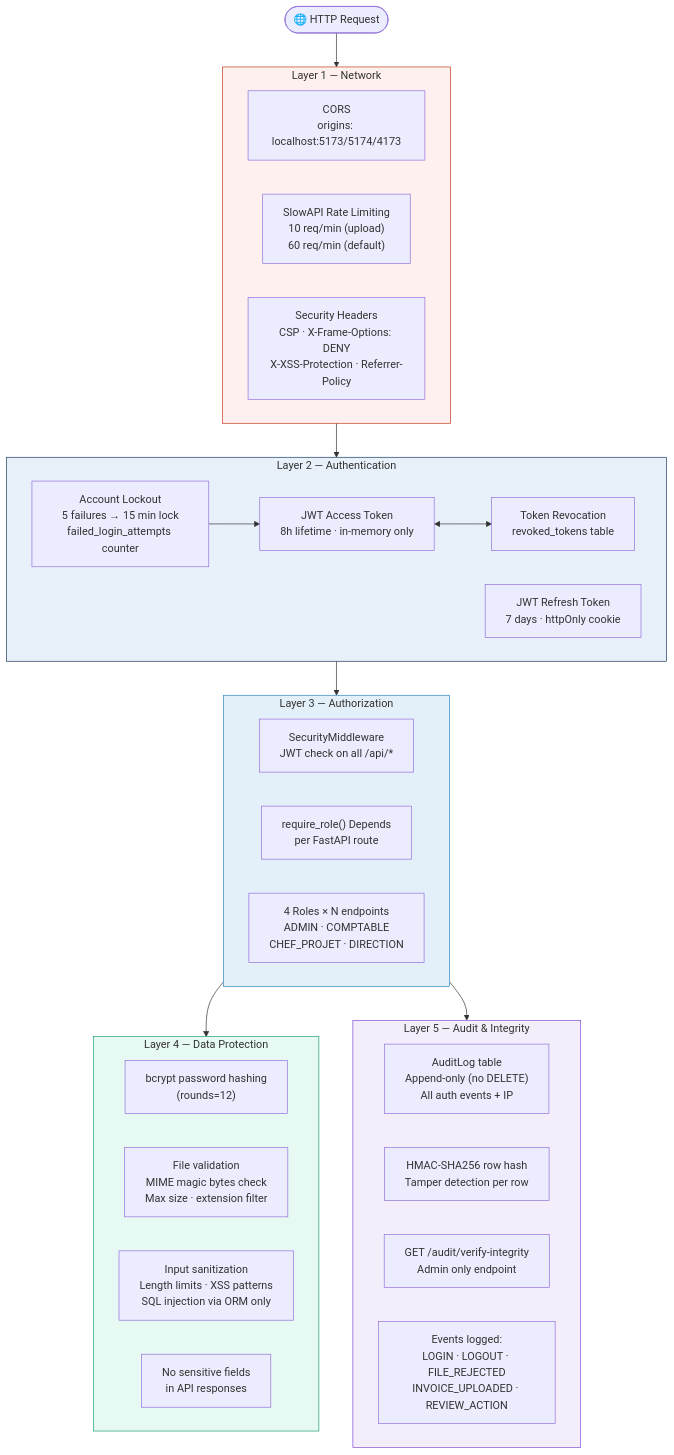
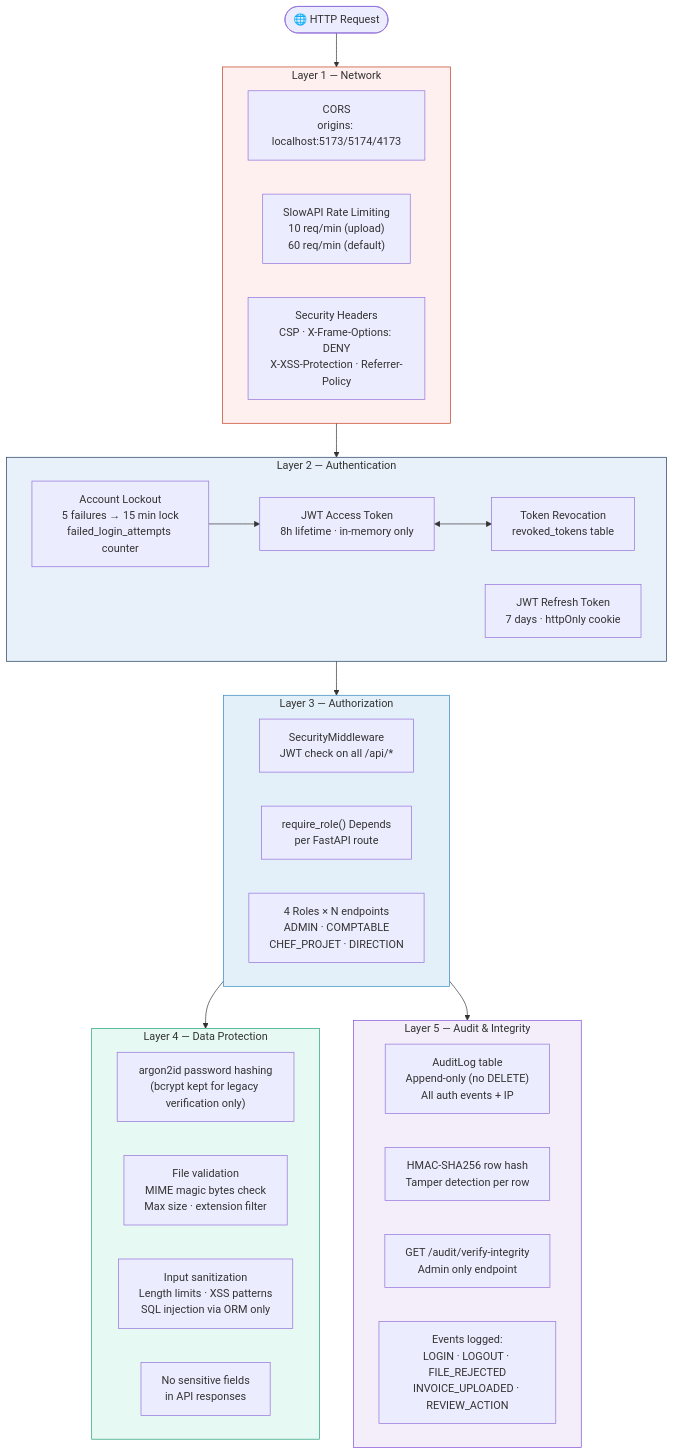
Before and after one commit to bayaCh05/biat-billing-agent: the diagram in docs/diagrams/04_architecture_securite.md, drawn with Mermaid. The commit also changed other lines of this file and 22 other files, not shown here.

````diff
--- a/docs/diagrams/04_architecture_securite.md
+++ b/docs/diagrams/04_architecture_securite.md
@@ -4,54 +9,54 @@
 ```mermaid
 flowchart TB
   classDef layer1 fill:#C0391B,color:#fff,stroke:none
   classDef layer2 fill:#1A3A5C,color:#fff,stroke:none
   classDef layer3 fill:#2E86C1,color:#fff,stroke:none
   classDef layer4 fill:#1D9E76,color:#fff,stroke:none
   classDef layer5 fill:#804CD7,color:#fff,stroke:none
 
   Request(["🌐 HTTP Request"])
 
   subgraph L1["Layer 1 — Network"]
     CORS["CORS\norigins: localhost:5173/5174/4173"]
     Rate["SlowAPI Rate Limiting\n10 req/min (upload)\n60 req/min (default)"]
     Headers["Security Headers\nCSP · X-Frame-Options: DENY\nX-XSS-Protection · Referrer-Policy"]
   end
 
   subgraph L2["Layer 2 — Authentication"]
     JWT["JWT Access Token\n8h lifetime · in-memory only"]
     Refresh["JWT Refresh Token\n7 days · httpOnly cookie"]
     Revoke["Token Revocation\nrevoked_tokens table"]
     Lockout["Account Lockout\n5 failures → 15 min lock\nfailed_login_attempts counter"]
   end
 
   subgraph L3["Layer 3 — Authorization"]
     Middleware["SecurityMiddleware\nJWT check on all /api/*"]
     RequireRole["require_role() Depends\nper FastAPI route"]
     RBAC["4 Roles × N endpoints\nADMIN · COMPTABLE\nCHEF_PROJET · DIRECTION"]
   end
 
   subgraph L4["Layer 4 — Data Protection"]
-    Bcrypt["bcrypt password hashing\n(rounds=12)"]
+    Bcrypt["argon2id password hashing\n(bcrypt kept for legacy verification only)"]
     FileVal["File validation\nMIME magic bytes check\nMax size · extension filter"]
     Sanitize["Input sanitization\nLength limits · XSS patterns\nSQL injection via ORM only"]
     NoLeak["No sensitive fields\nin API responses"]
   end
 
   subgraph L5["Layer 5 — Audit & Integrity"]
     AuditLog["AuditLog table\nAppend-only (no DELETE)\nAll auth events + IP"]
     HMAC["HMAC-SHA256 row hash\nTamper detection per row"]
     Verify["GET /audit/verify-integrity\nAdmin only endpoint"]
     Events["Events logged:\nLOGIN · LOGOUT · FILE_REJECTED\nINVOICE_UPLOADED · REVIEW_ACTION"]
   end
 
   Request --> L1 --> L2 --> L3 --> L4
   L3 --> L5
   JWT <--> Revoke
   Lockout --> JWT
 
   style L1 fill:#FEF0EE,stroke:#C0391B
   style L2 fill:#E8F0FA,stroke:#1A3A5C
   style L3 fill:#E3F0F9,stroke:#2E86C1
   style L4 fill:#E6F9F3,stroke:#1D9E76
   style L5 fill:#F3EEF9,stroke:#804CD7
 ```
````
